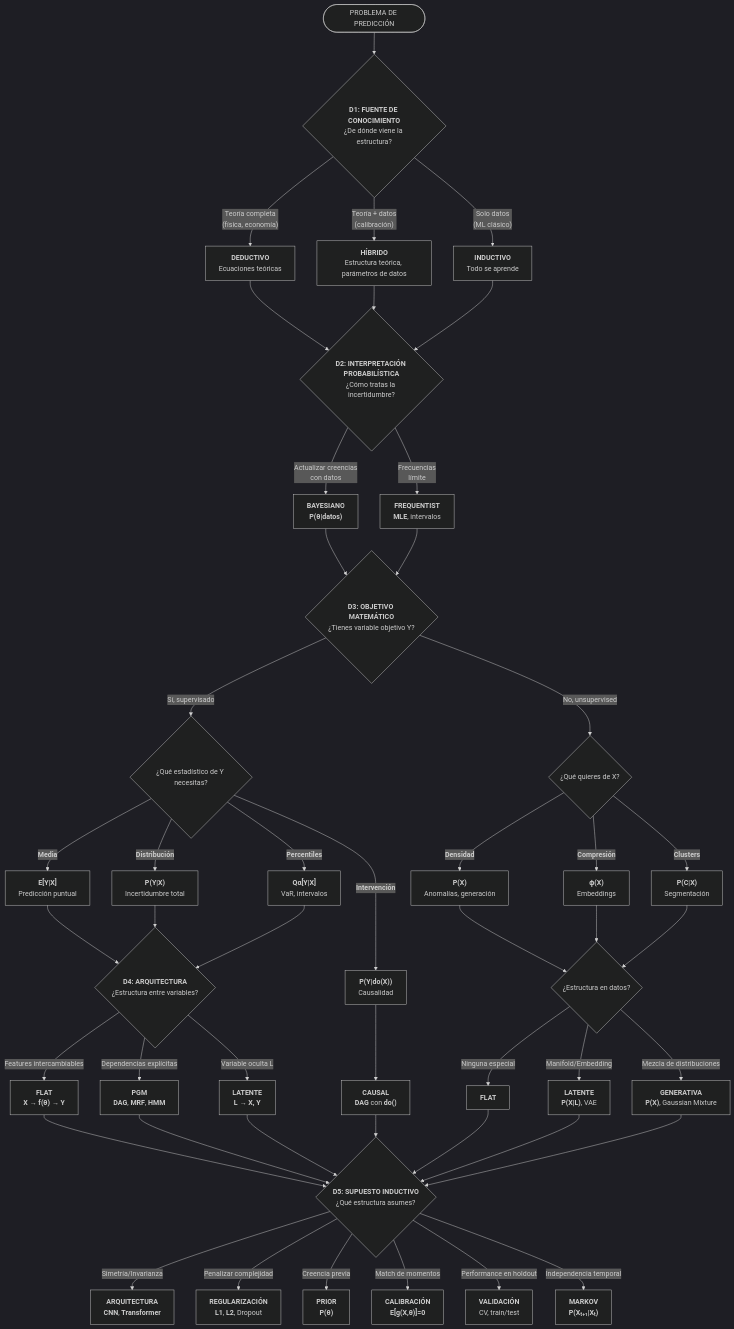
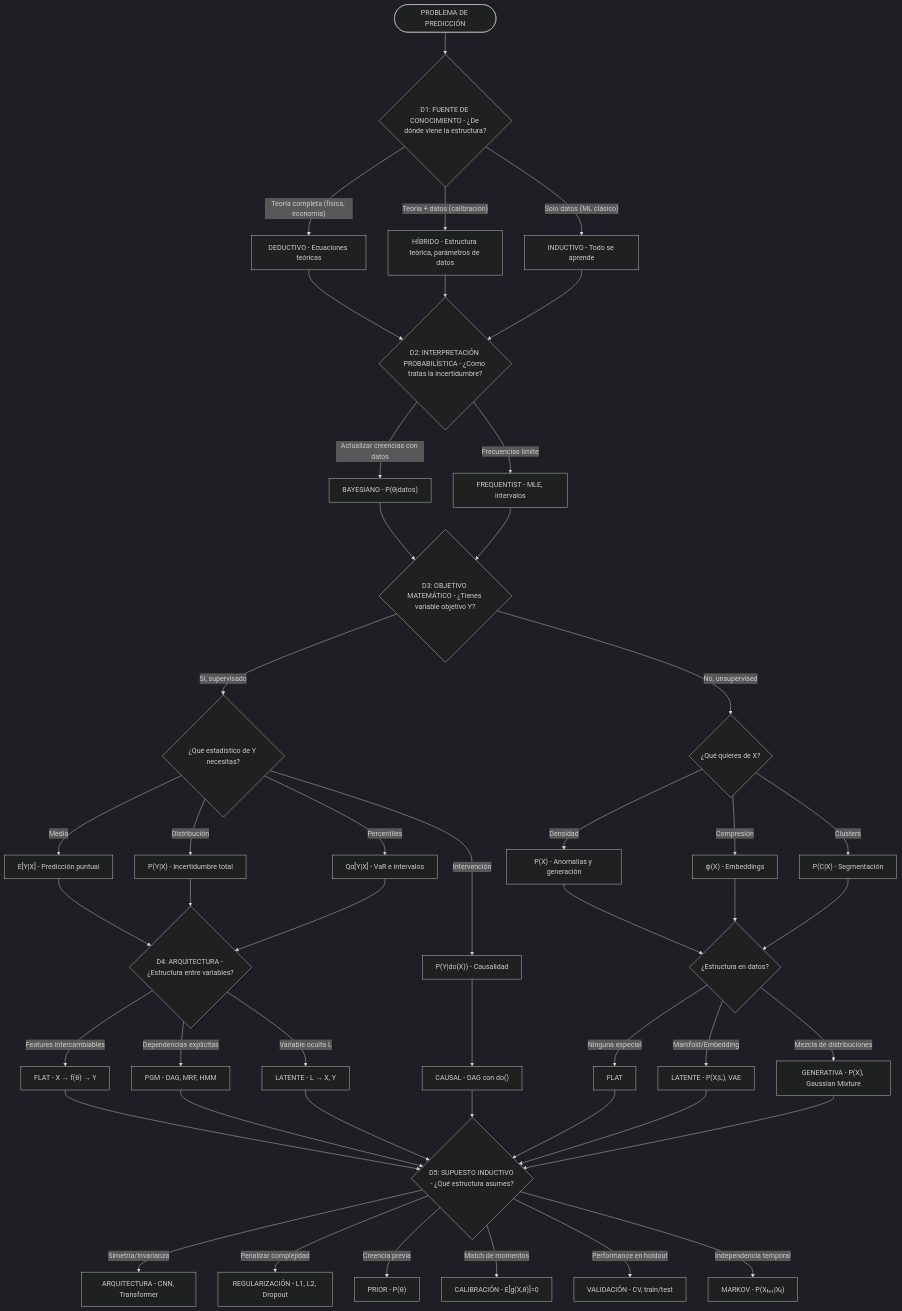
One commit to KarolCisneros/ia_p26 changed the first of 2 diagrams in clase/08_prediccion/06_mapa_y_heuristicas.md. Above: the diagram before and after it, drawn with Mermaid (dark theme). The commit also changed 16 other files, not shown here.

````diff
--- a/clase/08_prediccion/06_mapa_y_heuristicas.md
+++ b/clase/08_prediccion/06_mapa_y_heuristicas.md
@@ -13,77 +13,77 @@
 ```mermaid
 flowchart TD
     START(["PROBLEMA DE PREDICCIÓN"]) --> Q1
 
-    Q1{"<b>D1: FUENTE DE CONOCIMIENTO</b><br/>¿De dónde viene la estructura?"}
+    Q1{"D1: FUENTE DE CONOCIMIENTO - ¿De dónde viene la estructura?"}
 
-    Q1 -->|"Teoría completa<br/>(física, economía)"| D1_DED["<b>DEDUCTIVO</b><br/>Ecuaciones teóricas"]
-    Q1 -->|"Teoría + datos<br/>(calibración)"| D1_HIB["<b>HÍBRIDO</b><br/>Estructura teórica, parámetros de datos"]
-    Q1 -->|"Solo datos<br/>(ML clásico)"| D1_IND["<b>INDUCTIVO</b><br/>Todo se aprende"]
+    Q1 -->|"Teoría completa (física, economía)"| D1_DED["DEDUCTIVO - Ecuaciones teóricas"]
+    Q1 -->|"Teoría + datos (calibración)"| D1_HIB["HÍBRIDO - Estructura teórica, parámetros de datos"]
+    Q1 -->|"Solo datos (ML clásico)"| D1_IND["INDUCTIVO - Todo se aprende"]
 
     D1_DED --> Q2
     D1_HIB --> Q2
     D1_IND --> Q2
 
-    Q2{"<b>D2: INTERPRETACIÓN PROBABILÍSTICA</b><br/>¿Cómo tratas la incertidumbre?"}
+    Q2{"D2: INTERPRETACIÓN PROBABILÍSTICA - ¿Cómo tratas la incertidumbre?"}
 
-    Q2 -->|"Actualizar creencias<br/>con datos"| D2_BAY["<b>BAYESIANO</b><br/><b>P(θ|datos)</b>"]
-    Q2 -->|"Frecuencias<br/>límite"| D2_FRQ["<b>FREQUENTIST</b><br/><b>MLE</b>, intervalos"]
+    Q2 -->|"Actualizar creencias con datos"| D2_BAY["BAYESIANO - P(θ|datos)"]
+    Q2 -->|"Frecuencias límite"| D2_FRQ["FREQUENTIST - MLE, intervalos"]
 
     D2_BAY --> Q3
     D2_FRQ --> Q3
 
-    Q3{"<b>D3: OBJETIVO MATEMÁTICO</b><br/>¿Tienes variable objetivo Y?"}
+    Q3{"D3: OBJETIVO MATEMÁTICO - ¿Tienes variable objetivo Y?"}
 
     Q3 -->|"Sí, supervisado"| Q4
     Q3 -->|"No, unsupervised"| Q4B
 
     Q4{"¿Qué estadístico de Y necesitas?"}
 
-    Q4 -->|"<b>Media</b>"| D3_EY["<b>E[Y|X]</b><br/>Predicción puntual"]
-    Q4 -->|"<b>Distribución</b>"| D3_PY["<b>P(Y|X)</b><br/>Incertidumbre total"]
-    Q4 -->|"<b>Percentiles</b>"| D3_Q["<b>Qα[Y|X]</b><br/>VaR, intervalos"]
-    Q4 -->|"<b>Intervención</b>"| D3_DO["<b>P(Y|do(X))</b><br/>Causalidad"]
+    Q4 -->|"Media"| D3_EY["E[Y|X] - Predicción puntual"]
+    Q4 -->|"Distribución"| D3_PY["P(Y|X) - Incertidumbre total"]
+    Q4 -->|"Percentiles"| D3_Q["Qα[Y|X] - VaR e intervalos"]
+    Q4 -->|"Intervención"| D3_DO["P(Y|do(X)) - Causalidad"]
 
     Q4B{"¿Qué quieres de X?"}
 
-    Q4B -->|"<b>Densidad</b>"| D3_PX["<b>P(X)</b><br/>Anomalías, generación"]
-    Q4B -->|"<b>Compresión</b>"| D3_PHI["<b>ϕ(X)</b><br/>Embeddings"]
-    Q4B -->|"<b>Clusters</b>"| D3_C["<b>P(C|X)</b><br/>Segmentación"]
+    Q4B -->|"Densidad"| D3_PX["P(X) - Anomalías y generación"]
+    Q4B -->|"Compresión"| D3_PHI["ϕ(X) - Embeddings"]
+    Q4B -->|"Clusters"| D3_C["P(C|X) - Segmentación"]
 
     D3_EY --> Q5
     D3_PY --> Q5
     D3_Q --> Q5
-    D3_DO --> D4_CAUS["<b>CAUSAL</b><br/><b>DAG</b> con <b>do()</b>"]
+    D3_DO --> D4_CAUS["CAUSAL - DAG con do()"]
     D3_PX --> Q5B
     D3_PHI --> Q5B
     D3_C --> Q5B
 
-    Q5{"<b>D4: ARQUITECTURA</b><br/>¿Estructura entre variables?"}
+    Q5{"D4: ARQUITECTURA - ¿Estructura entre variables?"}
 
-    Q5 -->|"Features intercambiables"| D4_FLAT["<b>FLAT</b><br/><b>X → f(θ) → Y</b>"]
-    Q5 -->|"Dependencias explícitas"| D4_GRAF["<b>PGM</b><br/><b>DAG</b>, <b>MRF</b>, <b>HMM</b>"]
-    Q5 -->|"Variable oculta L"| D4_LAT["<b>LATENTE</b><br/><b>L → X, Y</b>"]
+    Q5 -->|"Features intercambiables"| D4_FLAT["FLAT - X → f(θ) → Y"]
+    Q5 -->|"Dependencias explícitas"| D4_GRAF["PGM - DAG, MRF, HMM"]
+    Q5 -->|"Variable oculta L"| D4_LAT["LATENTE - L → X, Y"]
 
     Q5B{"¿Estructura en datos?"}
 
-    Q5B -->|"Ninguna especial"| D4B_FLAT["<b>FLAT</b>"]
-    Q5B -->|"Manifold/Embedding"| D4B_LAT["<b>LATENTE</b><br/><b>P(X|L)</b>, VAE"]
-    Q5B -->|"Mezcla de distribuciones"| D4B_GEN["<b>GENERATIVA</b><br/><b>P(X)</b>, Gaussian Mixture"]
+    Q5B -->|"Ninguna especial"| D4B_FLAT["FLAT"]
+    Q5B -->|"Manifold/Embedding"| D4B_LAT["LATENTE - P(X|L), VAE"]
+    Q5B -->|"Mezcla de distribuciones"| D4B_GEN["GENERATIVA - P(X), Gaussian Mixture"]
 
     D4_FLAT --> Q6
     D4_GRAF --> Q6
     D4_LAT --> Q6
     D4_CAUS --> Q6
     D4B_FLAT --> Q6
     D4B_LAT --> Q6
     D4B_GEN --> Q6
 
-    Q6{"<b>D5: SUPUESTO INDUCTIVO</b><br/>¿Qué estructura asumes?"}
+    Q6{"D5: SUPUESTO INDUCTIVO - ¿Qué estructura asumes?"}
 
-    Q6 -->|"Simetría/Invarianza"| D5_ARQ["<b>ARQUITECTURA</b><br/><b>CNN</b>, <b>Transformer</b>"]
-    Q6 -->|"Penalizar complejidad"| D5_PEN["<b>REGULARIZACIÓN</b><br/><b>L1</b>, <b>L2</b>, Dropout"]
-    Q6 -->|"Creencia previa"| D5_PRI["<b>PRIOR</b><br/><b>P(θ)</b>"]
-    Q6 -->|"Match de momentos"| D5_CAL["<b>CALIBRACIÓN</b><br/><b>E[g(X,θ)]=0</b>"]
-    Q6 -->|"Performance en holdout"| D5_CV["<b>VALIDACIÓN</b><br/>CV, train/test"]
-    Q6 -->|"Independencia temporal"| D5_MRK["<b>MARKOV</b><br/><b>P(Xₜ₊₁|Xₜ)</b>"]
+    Q6 -->|"Simetría/Invarianza"| D5_ARQ["ARQUITECTURA - CNN, Transformer"]
+    Q6 -->|"Penalizar complejidad"| D5_PEN["REGULARIZACIÓN - L1, L2, Dropout"]
+    Q6 -->|"Creencia previa"| D5_PRI["PRIOR - P(θ)"]
+    Q6 -->|"Match de momentos"| D5_CAL["CALIBRACIÓN - E[g(X,θ)]=0"]
+    Q6 -->|"Performance en holdout"| D5_CV["VALIDACIÓN - CV, train/test"]
+    Q6 -->|"Independencia temporal"| D5_MRK["MARKOV - P(Xₜ₊₁|Xₜ)"]
 ```
````
